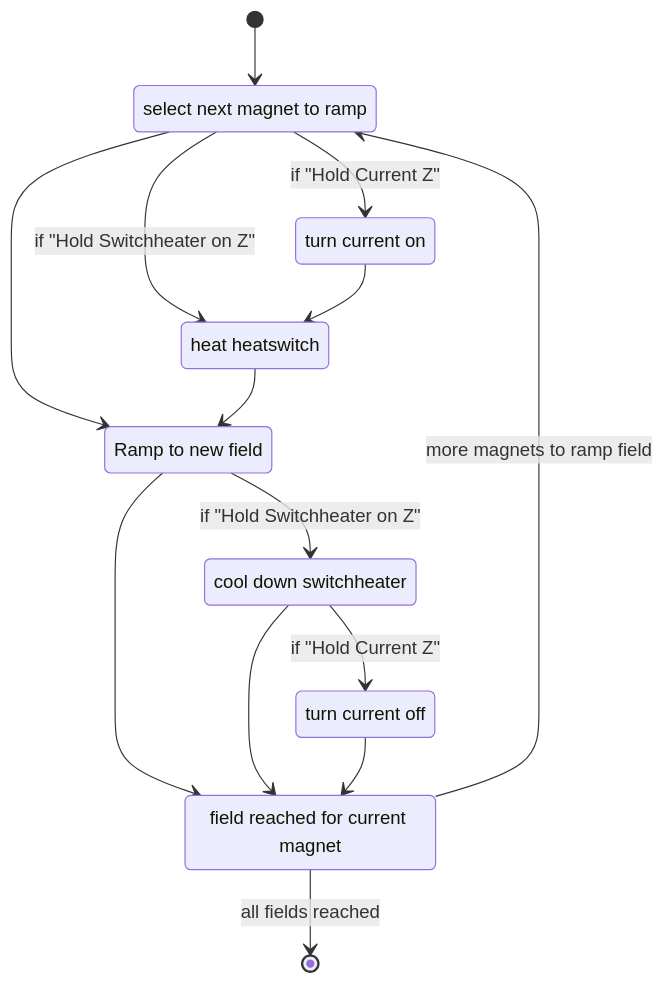
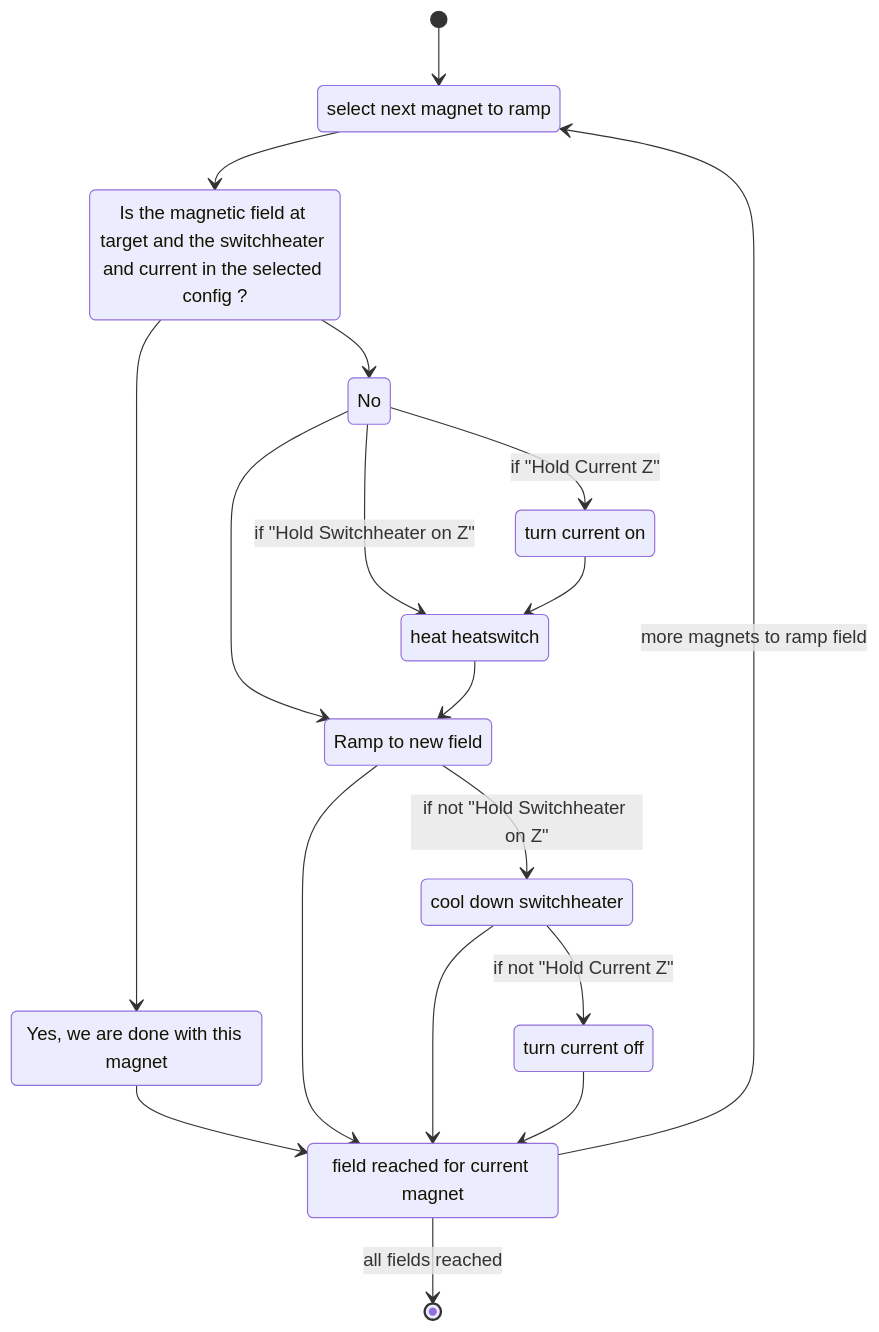
One commit to nanophysics/labber_AMI430 changed the second of 2 diagrams in doc/readme_usermanual.md. Above: the diagram before and after it, drawn with Mermaid. The commit also changed other lines of this file, not shown here.

````diff
--- a/doc/readme_usermanual.md
+++ b/doc/readme_usermanual.md
@@ -85,23 +130,30 @@
 ```mermaid
 stateDiagram-v2
     state "select next magnet to ramp" as A
+    state "Is the magnetic field at target and the switchheater and current in the selected config ?" as AA
+    state "Yes, we are done with this magnet" as AB
+    state "No" as AC
     state "turn current on" as B
     state "heat heatswitch" as C
     state "Ramp to new field" as D
     state "cool down switchheater" as E
     state "turn current off" as F
     state "field reached for current magnet" as G
     [*] --> A
-    A --> B: if "Hold Current Z"
-    A --> C: if "Hold Switchheater on Z"
-    A --> D
+    A --> AA
+    AA --> AB
+    AA --> AC
+    AB --> G
+    AC --> B: if "Hold Current Z"
+    AC --> C: if "Hold Switchheater on Z"
+    AC --> D
     B --> C
     C --> D
-    D --> E: if "Hold Switchheater on Z"
+    D --> E: if not "Hold Switchheater on Z"
     D --> G
-    E --> F: if "Hold Current Z"
+    E --> F: if not "Hold Current Z"
     E --> G
     F --> G
     G --> A: more magnets to ramp field
     G --> [*]: all fields reached
 ```
````
